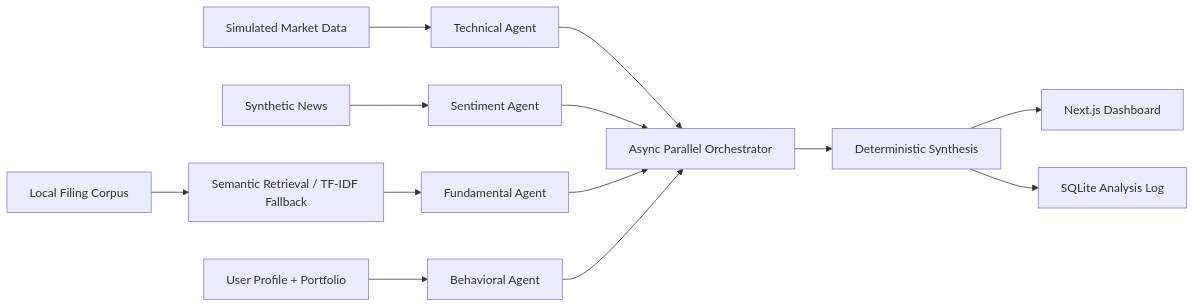
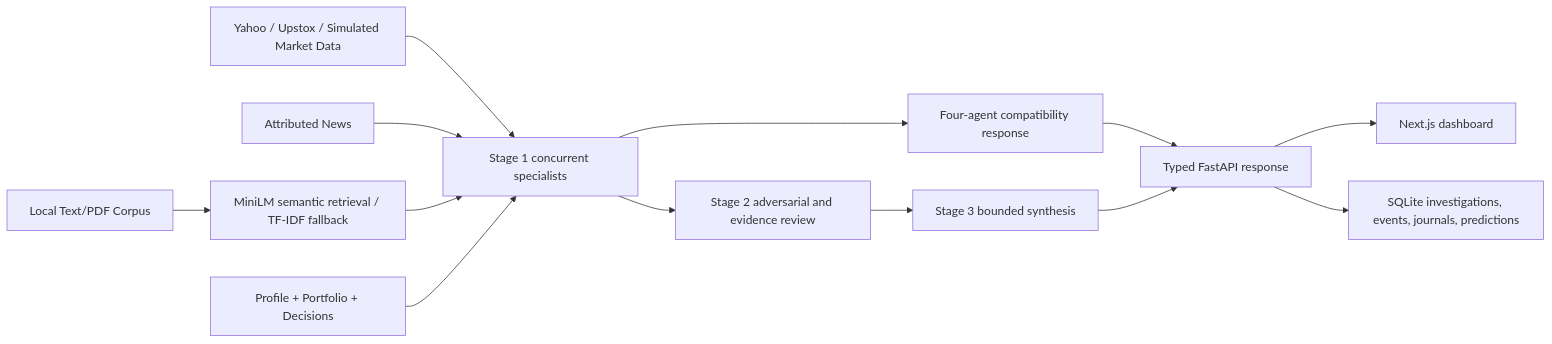
Before and after one commit to hareshkumar6808/sprint1: the diagram in README.md, drawn with Mermaid. The commit also changed other lines of this file and 3 other files, not shown here.

````diff
--- a/README.md
+++ b/README.md
@@ -13,14 +13,14 @@
 ```mermaid
 flowchart LR
-  M[Simulated Market Data] --> T[Technical Agent]
-  N[Synthetic News] --> S[Sentiment Agent]
-  F[Local Filing Corpus] --> R[Semantic Retrieval / TF-IDF Fallback] --> U[Fundamental Agent]
-  P[User Profile + Portfolio] --> B[Behavioral Agent]
-  T --> O[Async Parallel Orchestrator]
-  S --> O
-  U --> O
-  B --> O
-  O --> Y[Deterministic Synthesis]
-  Y --> D[Next.js Dashboard]
-  Y --> L[SQLite Analysis Log]
+  M[Yahoo / Upstox / Simulated Market Data] --> S1[Stage 1 concurrent specialists]
+  N[Attributed News] --> S1
+  F[Local Text/PDF Corpus] --> R[MiniLM semantic retrieval / TF-IDF fallback] --> S1
+  P[Profile + Portfolio + Decisions] --> S1
+  S1 --> C[Four-agent compatibility response]
+  S1 --> S2[Stage 2 adversarial and evidence review]
+  S2 --> S3[Stage 3 bounded synthesis]
+  C --> API[Typed FastAPI response]
+  S3 --> API
+  API --> D[Next.js dashboard]
+  API --> L[SQLite investigations, events, journals, predictions]
 ```
````
